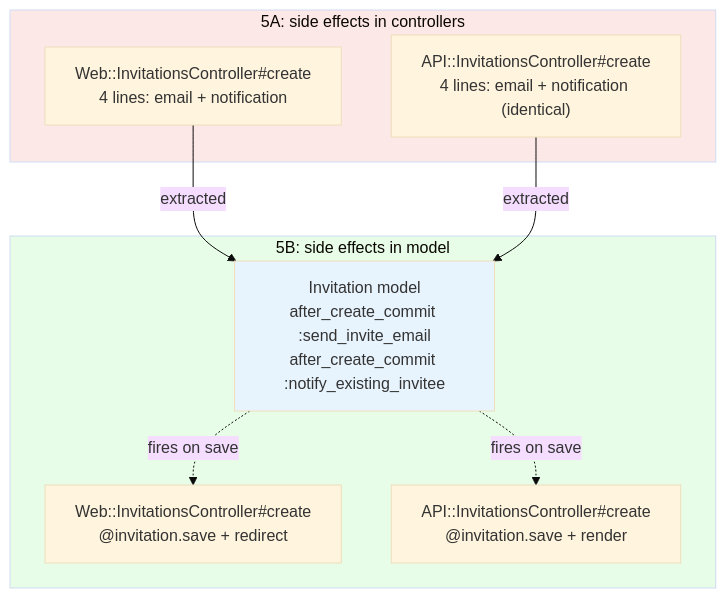
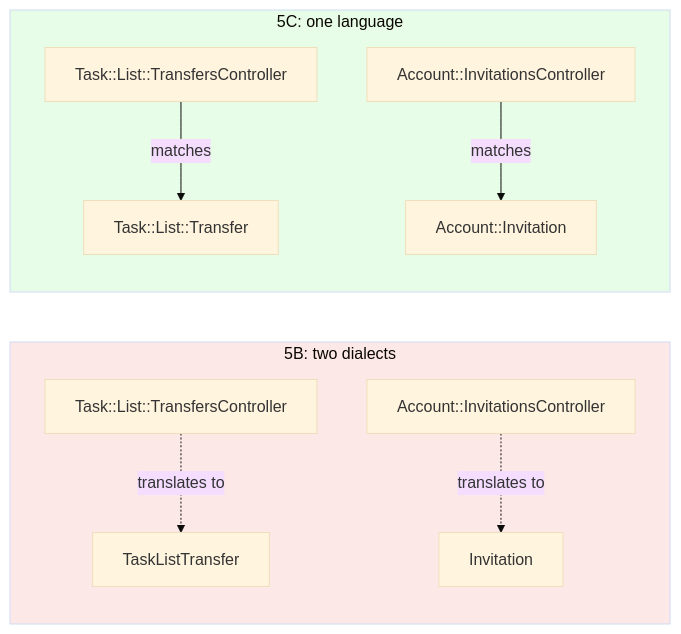
The first of 2 diagrams in README.md (railswhey/app), drawn with Mermaid (base theme) before and after one commit. The commit also changed other lines of this file and 65 other files, not shown here.

````diff
--- a/README.md
+++ b/README.md
@@ -192,22 +128,24 @@
 ```mermaid
-flowchart TD
-  subgraph Before["5A: side effects in controllers"]
-    WC["Web::InvitationsController#create<br/>4 lines: email + notification"]
-    AC["API::InvitationsController#create<br/>4 lines: email + notification (identical)"]
+flowchart LR
+  subgraph Before["5B: two dialects"]
+    C1["Task::List::TransfersController"]
+    M1["TaskListTransfer"]
+    C2["Account::InvitationsController"]
+    M2["Invitation"]
   end
 
-  subgraph After["5B: side effects in model"]
-    INV["Invitation model<br/>after_create_commit :send_invite_email<br/>after_create_commit :notify_existing_invitee"]
-    WC2["Web::InvitationsController#create<br/>@invitation.save + redirect"]
-    AC2["API::InvitationsController#create<br/>@invitation.save + render"]
+  subgraph After["5C: one language"]
+    C3["Task::List::TransfersController"]
+    M3["Task::List::Transfer"]
+    C4["Account::InvitationsController"]
+    M4["Account::Invitation"]
   end
 
-  WC -->|"extracted"| INV
-  AC -->|"extracted"| INV
-  INV -.->|"fires on save"| WC2
-  INV -.->|"fires on save"| AC2
+  C1 -.->|"translates to"| M1
+  C3 -->|"matches"| M3
+  C2 -.->|"translates to"| M2
+  C4 -->|"matches"| M4
 
   style Before fill:#fde8e8
   style After fill:#e8fde8
-  style INV fill:#e8f4fd
 ```
````
